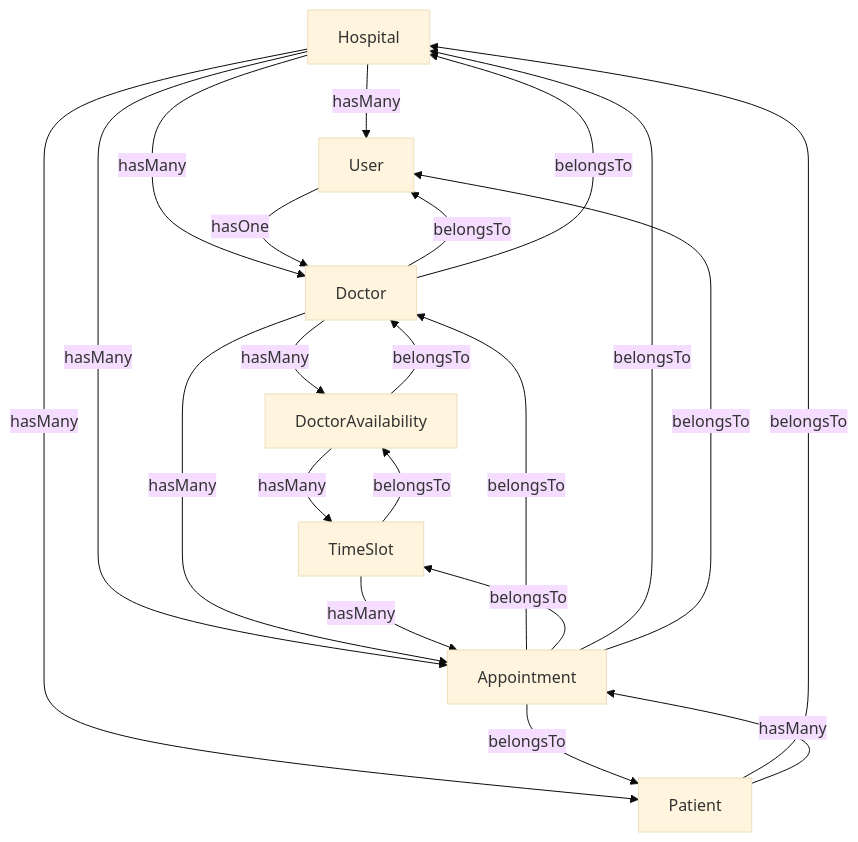
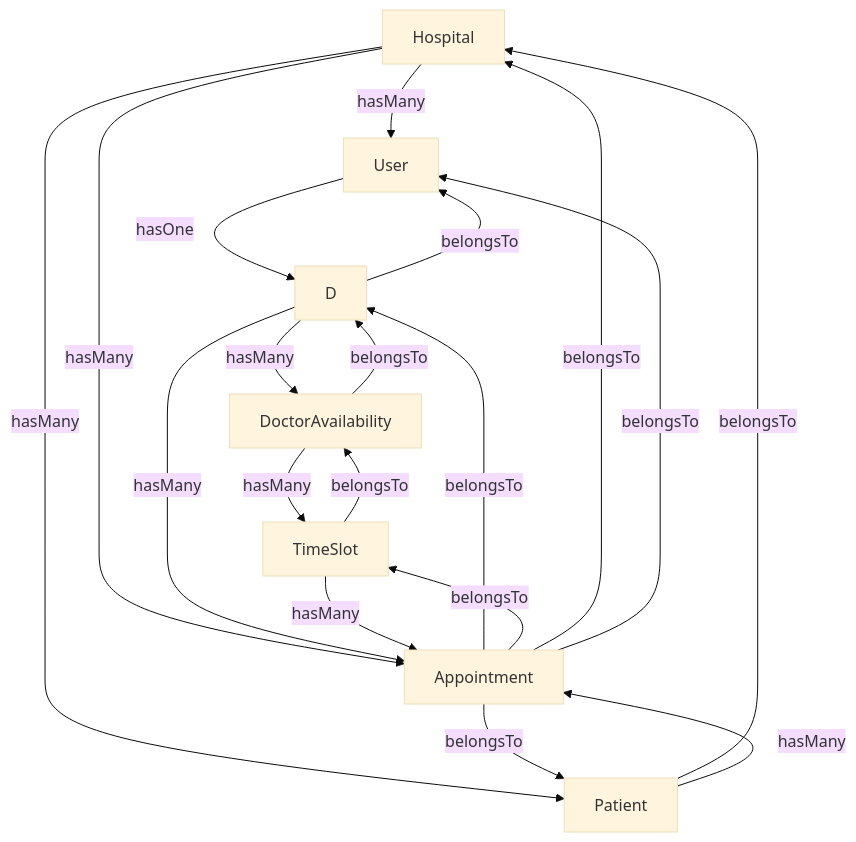
One commit to AmbyHasan/HMS changed the second of 4 diagrams in docs/02-Database-Design.md. Above: the diagram before and after it, drawn with Mermaid (base theme). The commit also changed other lines of this file, not shown here.

````diff
--- a/docs/02-Database-Design.md
+++ b/docs/02-Database-Design.md
@@ -487,28 +484,26 @@
 ```mermaid
 graph TD
-    H["Hospital"] -->|hasMany| U["User"]
-    H -->|hasMany| D["Doctor"]
+    H["Hospital"] -->|hasMany| U["User"]   
     H -->|hasMany| P["Patient"]
     H -->|hasMany| A["Appointment"]
 
     U -->|hasOne| D
     D -->|belongsTo| U
-    D -->|belongsTo| H
     D -->|hasMany| DA["DoctorAvailability"]
     D -->|hasMany| A
 
     DA -->|belongsTo| D
     DA -->|hasMany| TS["TimeSlot"]
 
     TS -->|belongsTo| DA
     TS -->|hasMany| A
 
     P -->|belongsTo| H
     P -->|hasMany| A
 
     A -->|belongsTo| D
     A -->|belongsTo| P
     A -->|belongsTo| TS
     A -->|belongsTo| H
     A -->|belongsTo| U
 ```
````
